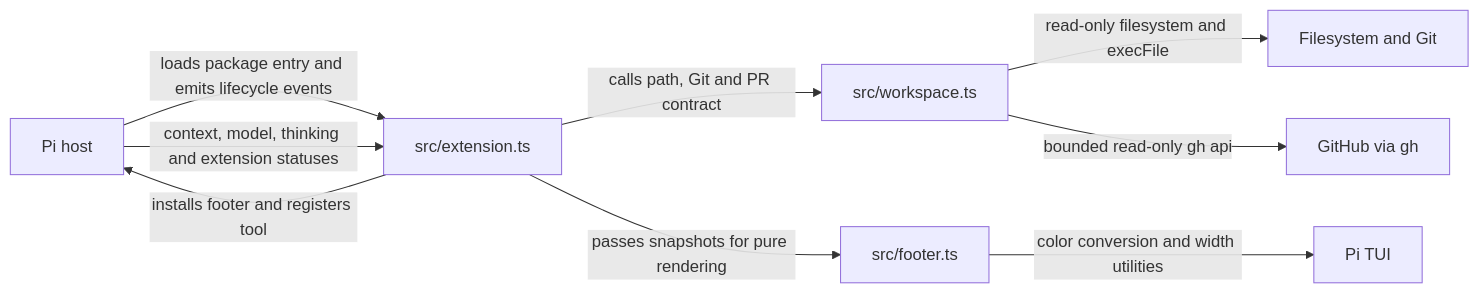
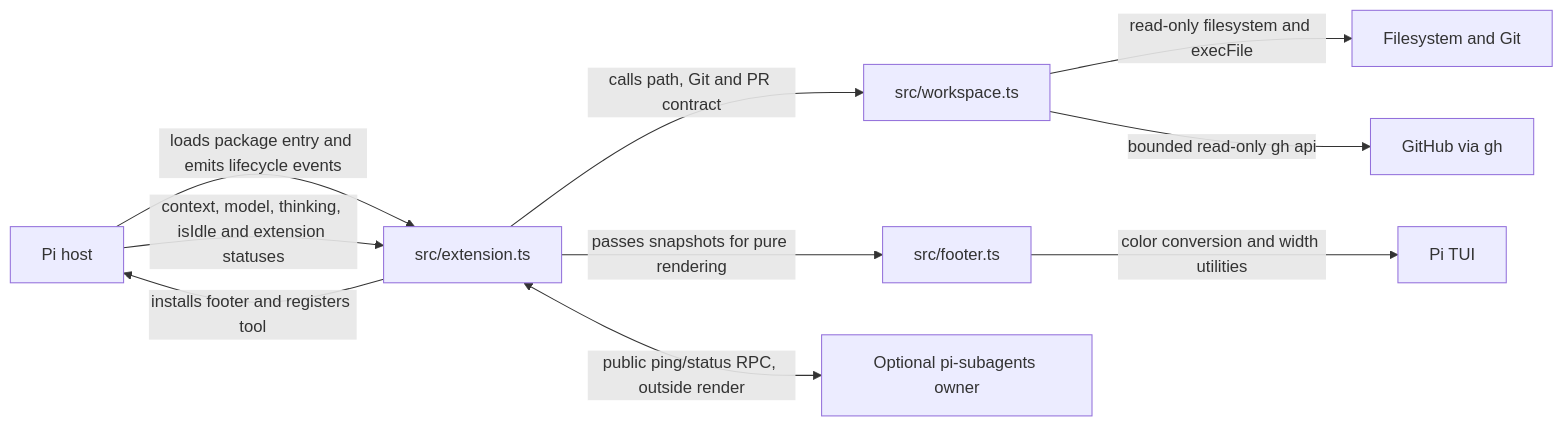
One commit to jigenator/industrial-os changed the first of 2 diagrams in pi/status-bar/docs/architecture.md. Above: the diagram before and after it, drawn with Mermaid. The commit also changed other lines of this file and 8 other files, not shown here.

````diff
--- a/pi/status-bar/docs/architecture.md
+++ b/pi/status-bar/docs/architecture.md
@@ -8,11 +8,12 @@
 ```mermaid
 flowchart LR
   Host[Pi host] -->|loads package entry and emits lifecycle events| Extension[src/extension.ts]
   Extension -->|calls path, Git and PR contract| Workspace[src/workspace.ts]
   Extension -->|passes snapshots for pure rendering| Footer[src/footer.ts]
-  Host -->|context, model, thinking and extension statuses| Extension
+  Host -->|context, model, thinking, isIdle and extension statuses| Extension
+  Extension <-->|public ping/status RPC, outside render| Fleet[Optional pi-subagents owner]
   Workspace -->|read-only filesystem and execFile| Local[Filesystem and Git]
   Workspace -->|bounded read-only gh api| GitHub[GitHub via gh]
   Footer -->|color conversion and width utilities| TUI[Pi TUI]
   Extension -->|installs footer and registers tool| Host
 ```
````
